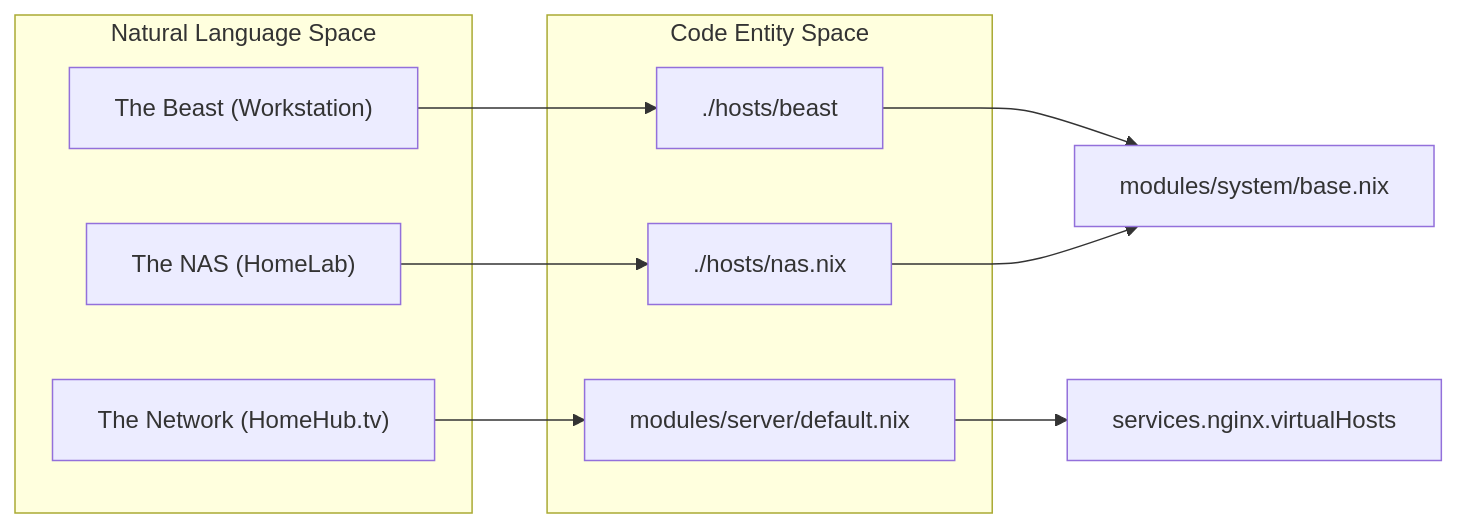
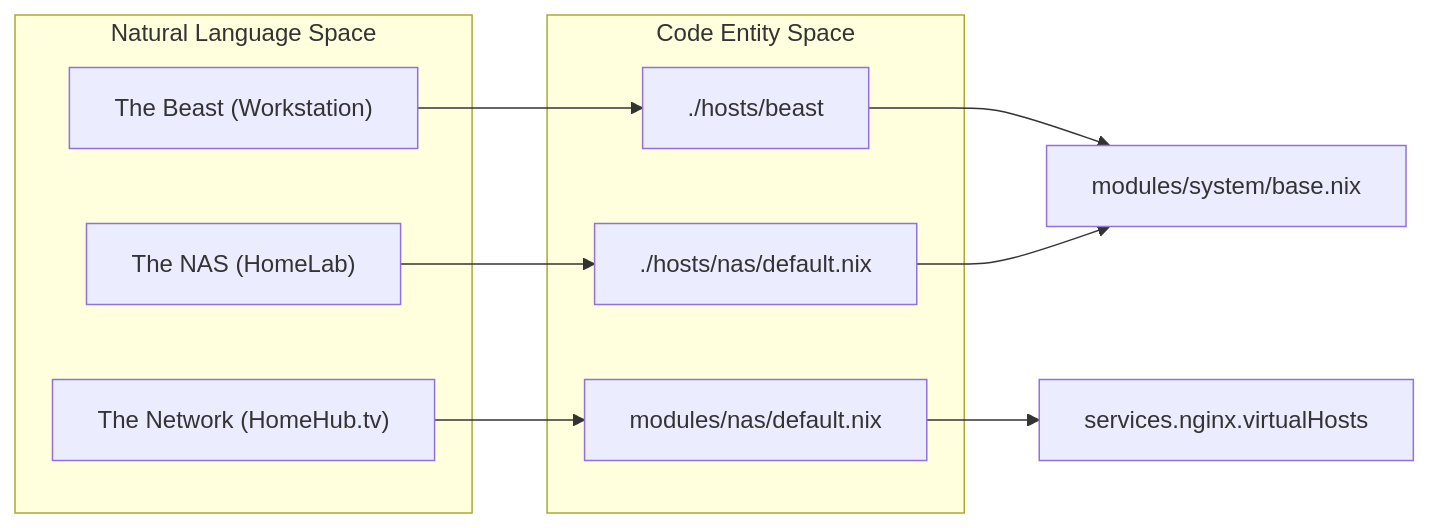
Before and after one commit to Cody-W-Tucker/nix-config: the first of 2 diagrams in docs/Glossary.md, drawn with Mermaid. The commit also changed other lines of this file and 36 other files, not shown here.

````diff
--- a/docs/Glossary.md
+++ b/docs/Glossary.md
@@ -17,21 +17,21 @@
 ```mermaid
 flowchart LR
     B_Base["modules/system/base.nix"]
     Nginx["services.nginx.virtualHosts"]
     subgraph subGraph1 ["Code Entity Space"]
         A_Code["./hosts/beast"]
-        B_Code["./hosts/nas.nix"]
-        C_Code["modules/server/default.nix"]
+        B_Code["./hosts/nas/default.nix"]
+        C_Code["modules/nas/default.nix"]
     end
     subgraph subGraph0 ["Natural Language Space"]
         A["The Beast (Workstation)"]
         B["The NAS (HomeLab)"]
         C["The Network (HomeHub.tv)"]
     end
     A --> A_Code
     B --> B_Code
     C --> C_Code
     A_Code --> B_Base
     B_Code --> B_Base
     C_Code --> Nginx
 ```
````
